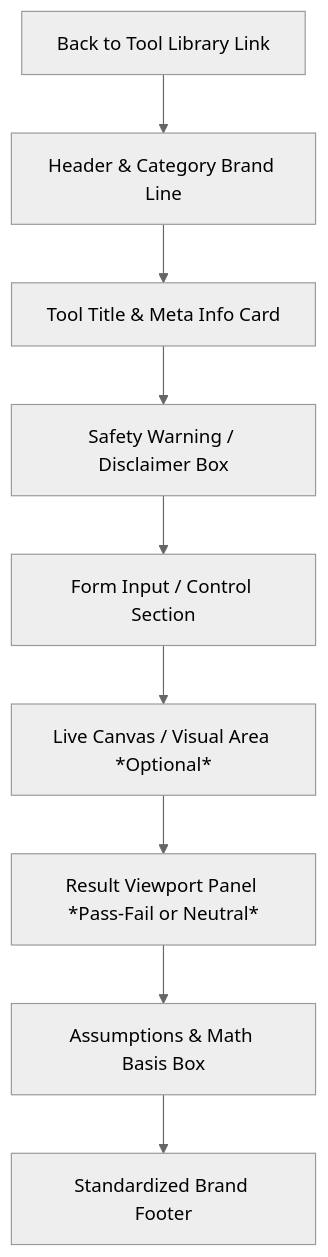
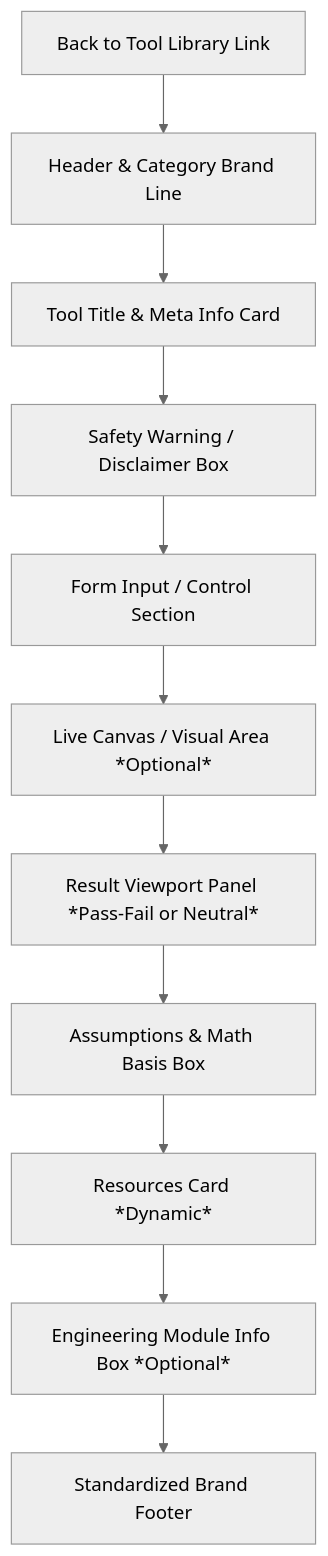
One commit to aprovero/Level3Support changed the diagram in TOOL_TEMPLATE_GUIDE.md. Above: the diagram before and after it, drawn with Mermaid (neutral theme). The commit also changed other lines of this file and 3 other files, not shown here.

````diff
--- a/TOOL_TEMPLATE_GUIDE.md
+++ b/TOOL_TEMPLATE_GUIDE.md
@@ -52,11 +52,13 @@
 ```mermaid
 graph TD
     A[Back to Tool Library Link] --> B[Header & Category Brand Line]
     B --> C[Tool Title & Meta Info Card]
     C --> D[Safety Warning / Disclaimer Box]
     D --> E[Form Input / Control Section]
     E --> F[Live Canvas / Visual Area *Optional*]
     F --> G[Result Viewport Panel *Pass-Fail or Neutral*]
     G --> H[Assumptions & Math Basis Box]
-    H --> I[Standardized Brand Footer]
+    H --> I[Resources Card *Dynamic*]
+    I --> J[Engineering Module Info Box *Optional*]
+    J --> K[Standardized Brand Footer]
 ```
````
